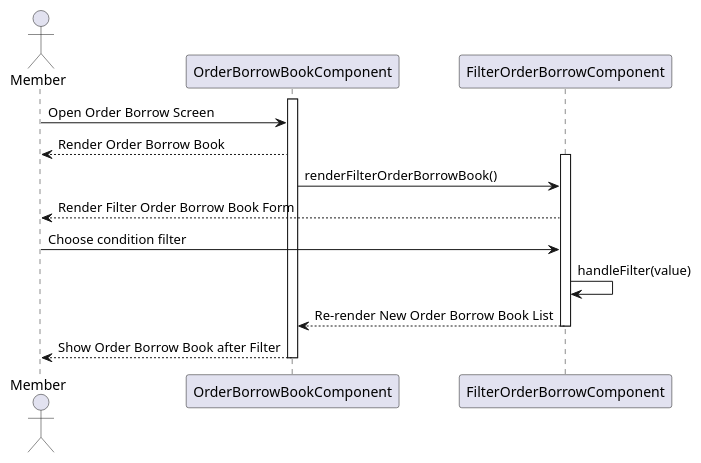
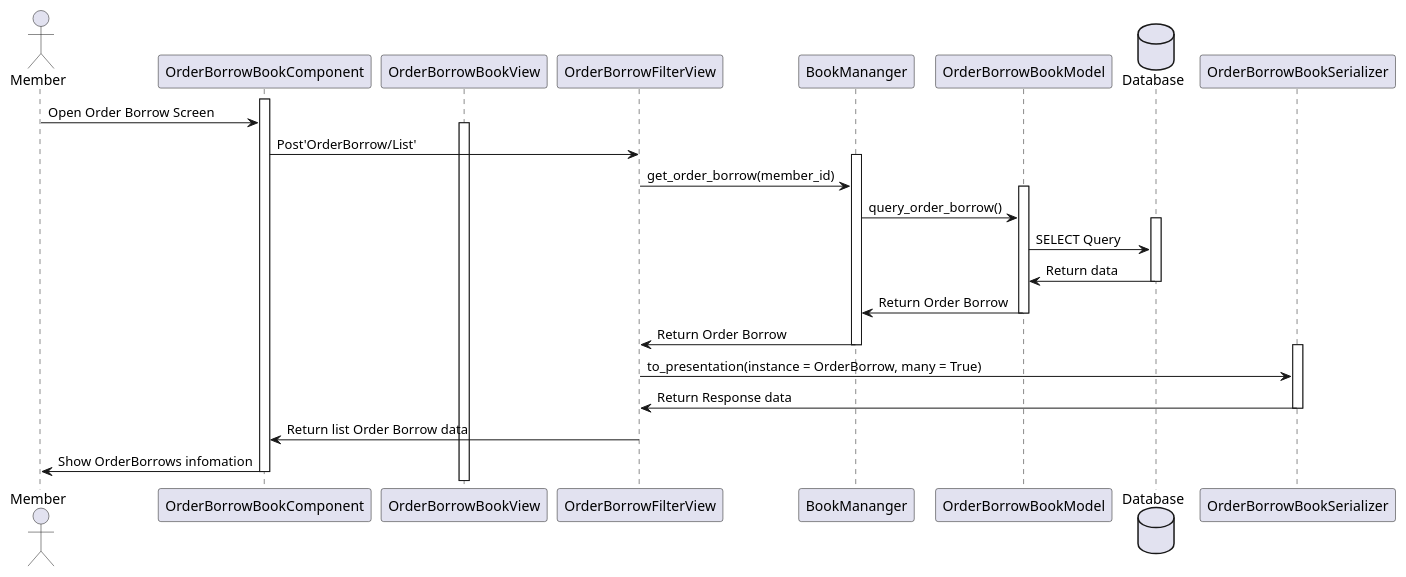
One commit to ljttl3q04t/Book-Over-There changed the diagram in uml/020-sequence-filter-order-borrow-book.wsd. Above: the diagram before and after it, drawn with PlantUML. The commit also changed 3 other files, not shown here.

Commit message:
update sequence

```diff
--- a/uml/020-sequence-filter-order-borrow-book.wsd
+++ b/uml/020-sequence-filter-order-borrow-book.wsd
@@ -1,15 +1,29 @@
 @startuml
 actor Member
 activate OrderBorrowBookComponent
 Member -> OrderBorrowBookComponent: Open Order Borrow Screen
-OrderBorrowBookComponent --> Member: Render Order Borrow Book
-activate FilterOrderBorrowComponent
-OrderBorrowBookComponent -> FilterOrderBorrowComponent: renderFilterOrderBorrowBook()
-FilterOrderBorrowComponent --> Member: Render Filter Order Borrow Book Form
-Member -> FilterOrderBorrowComponent: Choose condition filter
-FilterOrderBorrowComponent -> FilterOrderBorrowComponent: handleFilter(value)
-FilterOrderBorrowComponent --> OrderBorrowBookComponent: Re-render New Order Borrow Book List
-deactivate FilterOrderBorrowComponent
-OrderBorrowBookComponent --> Member: Show Order Borrow Book after Filter 
+activate OrderBorrowBookView
+
+OrderBorrowBookComponent -> OrderBorrowFilterView: Post'OrderBorrow/List'
+activate BookMananger
+OrderBorrowFilterView -> BookMananger: get_order_borrow(member_id)
+activate OrderBorrowBookModel
+BookMananger -> OrderBorrowBookModel: query_order_borrow()
+database Database 
+activate Database
+OrderBorrowBookModel -> Database: SELECT Query
+Database -> OrderBorrowBookModel: Return data
+deactivate Database
+OrderBorrowBookModel -> BookMananger: Return Order Borrow
+deactivate OrderBorrowBookModel
+BookMananger -> OrderBorrowFilterView: Return Order Borrow
+deactivate BookMananger
+activate OrderBorrowBookSerializer
+OrderBorrowFilterView -> OrderBorrowBookSerializer: to_presentation(instance = OrderBorrow, many = True)
+OrderBorrowBookSerializer -> OrderBorrowFilterView: Return Response data
+deactivate OrderBorrowBookSerializer
+OrderBorrowFilterView -> OrderBorrowBookComponent: Return list Order Borrow data
+
+OrderBorrowBookComponent -> Member: Show OrderBorrows infomation
 deactivate OrderBorrowBookComponent
 @enduml
```
